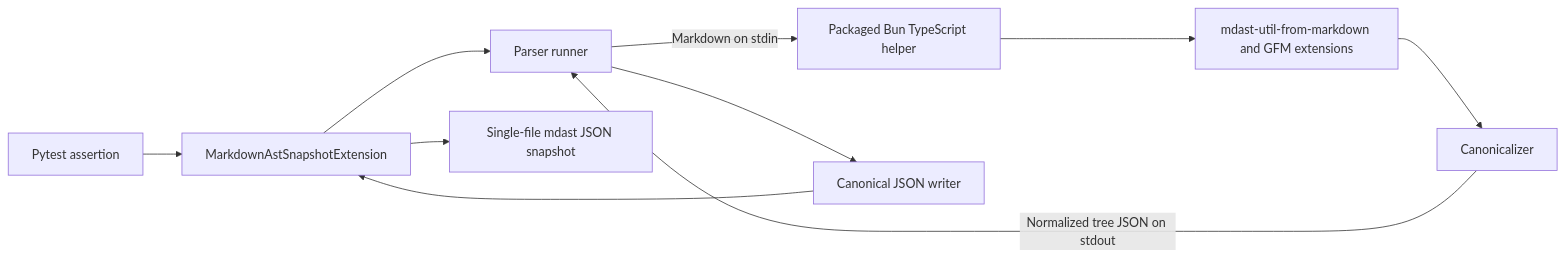
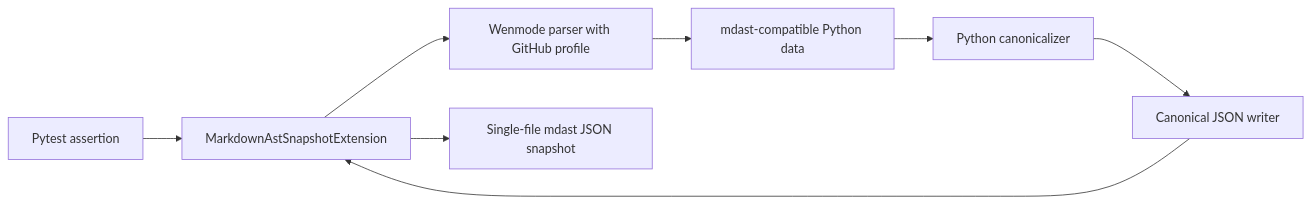
One commit to leynos/syrupy-mdast changed the diagram in docs/syrupy-mdast-design.md. Above: the diagram before and after it, drawn with Mermaid. The commit also changed other lines of this file and 2 other files, not shown here.

First line of the commit message:
Adopt Wenmode for Markdown AST snapshots

````diff
--- a/docs/syrupy-mdast-design.md
+++ b/docs/syrupy-mdast-design.md
@@ -127,12 +125,10 @@
 ```mermaid
 flowchart LR
     Test[Pytest assertion] --> Extension[MarkdownAstSnapshotExtension]
-    Extension --> Runner[Parser runner]
-    Runner -->|Markdown on stdin| Bun[Packaged Bun TypeScript helper]
-    Bun --> Parser[mdast-util-from-markdown and GFM extensions]
-    Parser --> Canonicalizer[Canonicalizer]
-    Canonicalizer -->|Normalized tree JSON on stdout| Runner
-    Runner --> Writer[Canonical JSON writer]
+    Extension --> Parser[Wenmode parser with GitHub profile]
+    Parser --> Ast[mdast-compatible Python data]
+    Ast --> Canonicalizer[Python canonicalizer]
+    Canonicalizer --> Writer[Canonical JSON writer]
     Writer --> Extension
     Extension --> Snapshot[Single-file mdast JSON snapshot]
 ```
````
